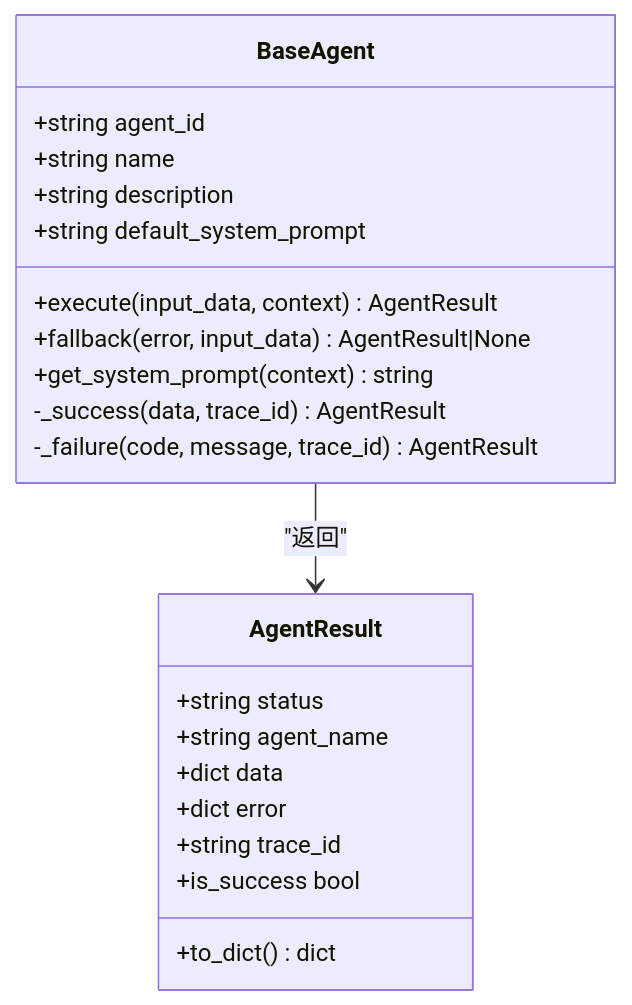
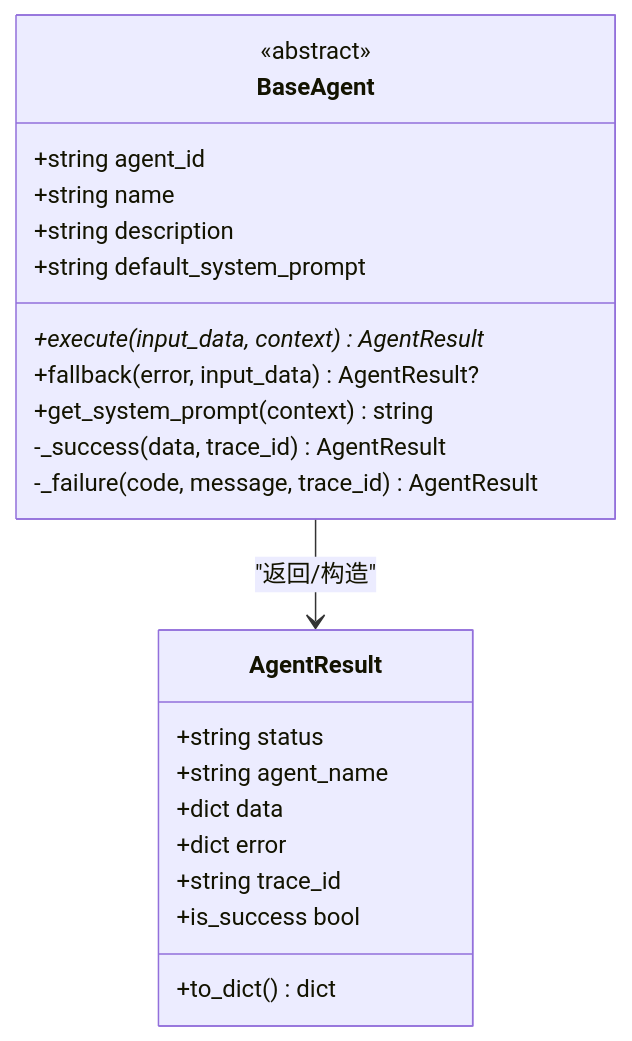
The third of 7 diagrams in .qoder/repowiki/zh/content/智能体系统/智能体系统.md (sansansansansan2022-web/hotclaw), drawn with Mermaid before and after one commit. The commit also changed other lines of this file and 288 other files, not shown here.

````diff
--- a/.qoder/repowiki/zh/content/智能体系统/智能体系统.md
+++ b/.qoder/repowiki/zh/content/智能体系统/智能体系统.md
@@ -135,24 +168,25 @@
 ```mermaid
 classDiagram
 class AgentResult {
 +string status
 +string agent_name
 +dict data
 +dict error
 +string trace_id
 +to_dict() dict
 +is_success bool
 }
 class BaseAgent {
+<<abstract>>
 +string agent_id
 +string name
 +string description
 +string default_system_prompt
-+execute(input_data, context) AgentResult
-+fallback(error, input_data) AgentResult|None
++execute(input_data, context) AgentResult*
++fallback(error, input_data) AgentResult?
 +get_system_prompt(context) string
 -_success(data, trace_id) AgentResult
 -_failure(code, message, trace_id) AgentResult
 }
-BaseAgent --> AgentResult : "返回"
+BaseAgent --> AgentResult : "返回/构造"
 ```
````
